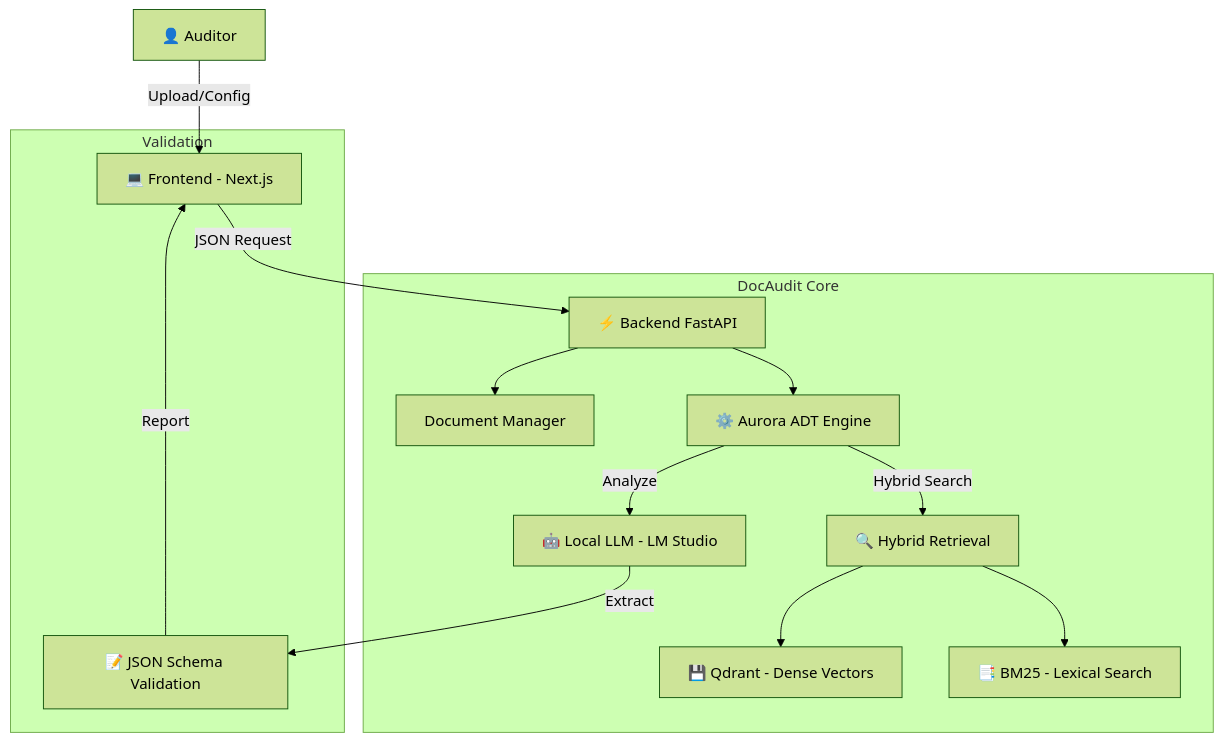
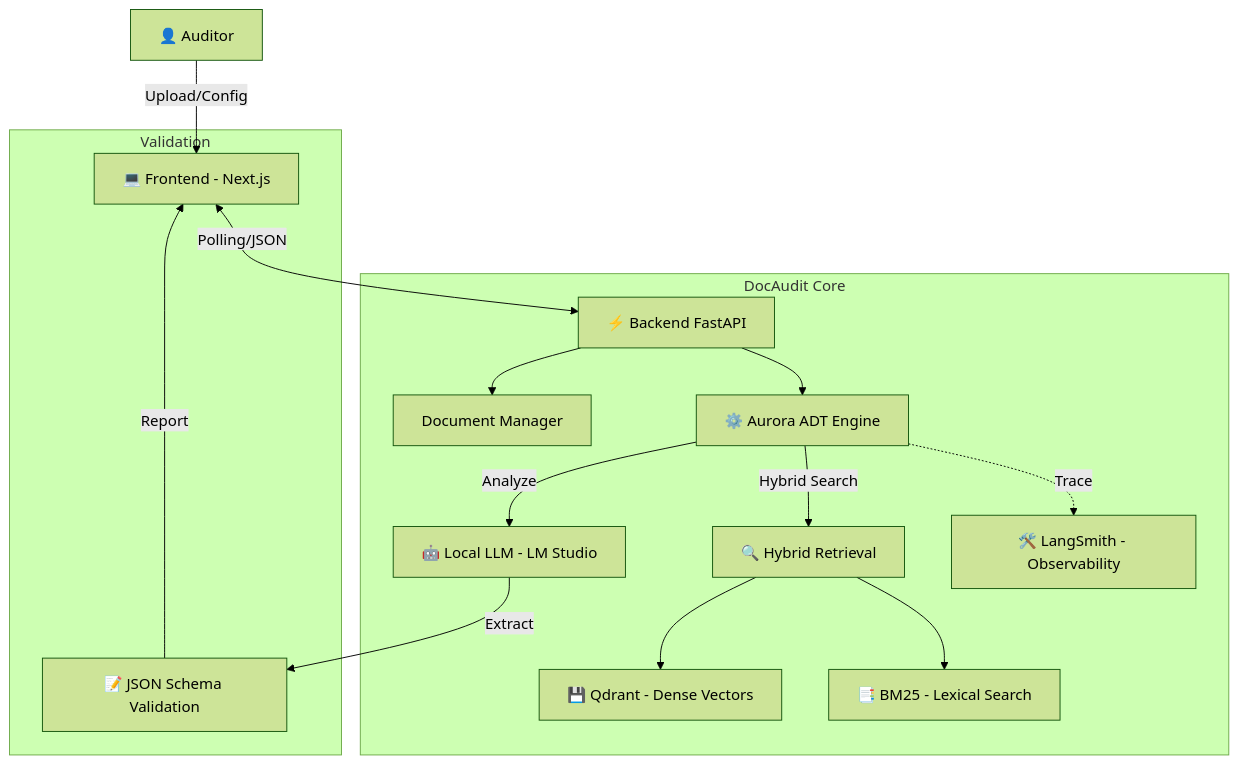
The diagram in README.md (ThiagoHenriqueDuarteNeves/docaudit-engine), drawn with Mermaid (forest theme) before and after one commit.

Commit message:
docs: update architecture diagram with langsmith and polling

````diff
--- a/README.md
+++ b/README.md
@@ -20,19 +20,20 @@
 ```mermaid
 graph TD
     User["👤 Auditor"] -->|Upload/Config| UI["💻 Frontend - Next.js"]
-    UI -->|JSON Request| API["⚡ Backend FastAPI"]
+    UI <-->|Polling/JSON| API["⚡ Backend FastAPI"]
     
     subgraph DocAudit_Core["DocAudit Core"]
         API --> Manager["Document Manager"]
         API --> ADT["⚙️ Aurora ADT Engine"]
         ADT -->|Hybrid Search| Retrieval["🔍 Hybrid Retrieval"]
         Retrieval --> Qdrant["💾 Qdrant - Dense Vectors"]
         Retrieval --> BM25["📑 BM25 - Lexical Search"]
         ADT -->|Analyze| LLM["🤖 Local LLM - LM Studio"]
+        ADT -.->|Trace| LangSmith["🛠️ LangSmith - Observability"]
     end
     
     subgraph Validation
         LLM -->|Extract| Schema["📝 JSON Schema Validation"]
         Schema -->|Report| UI
     end
 ```
````
